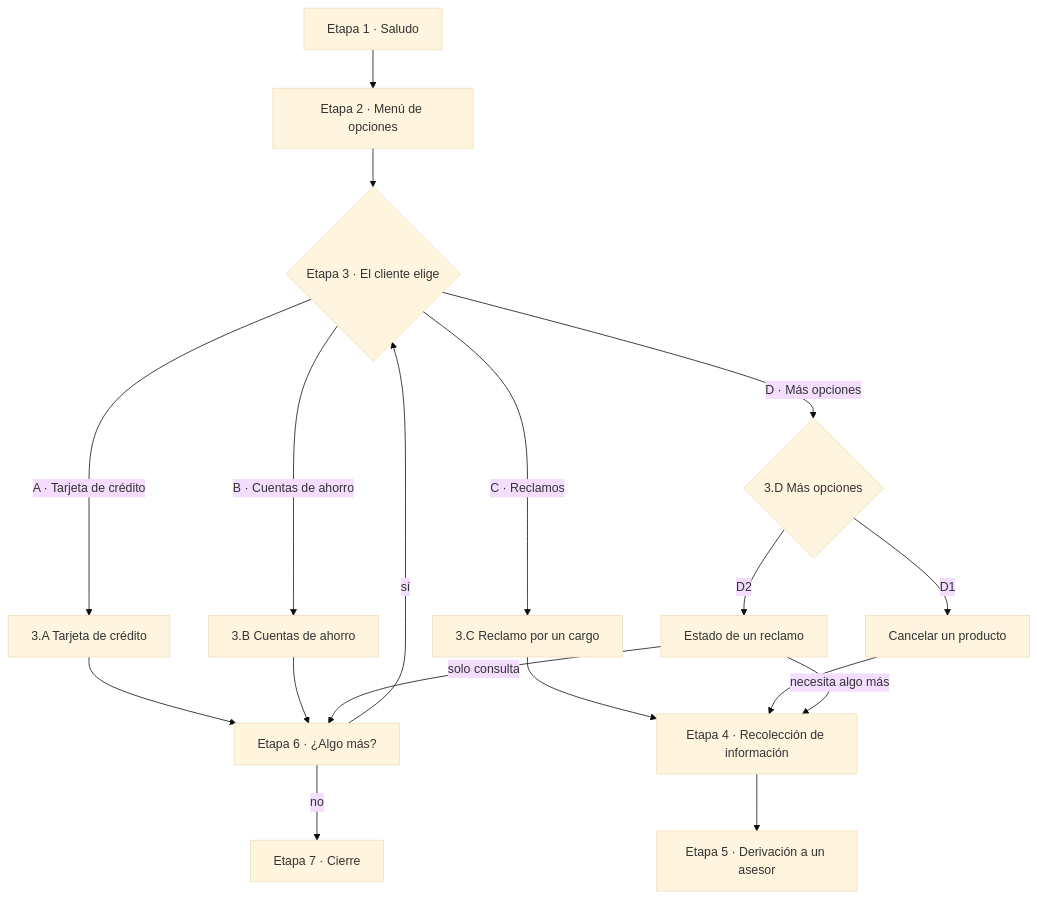
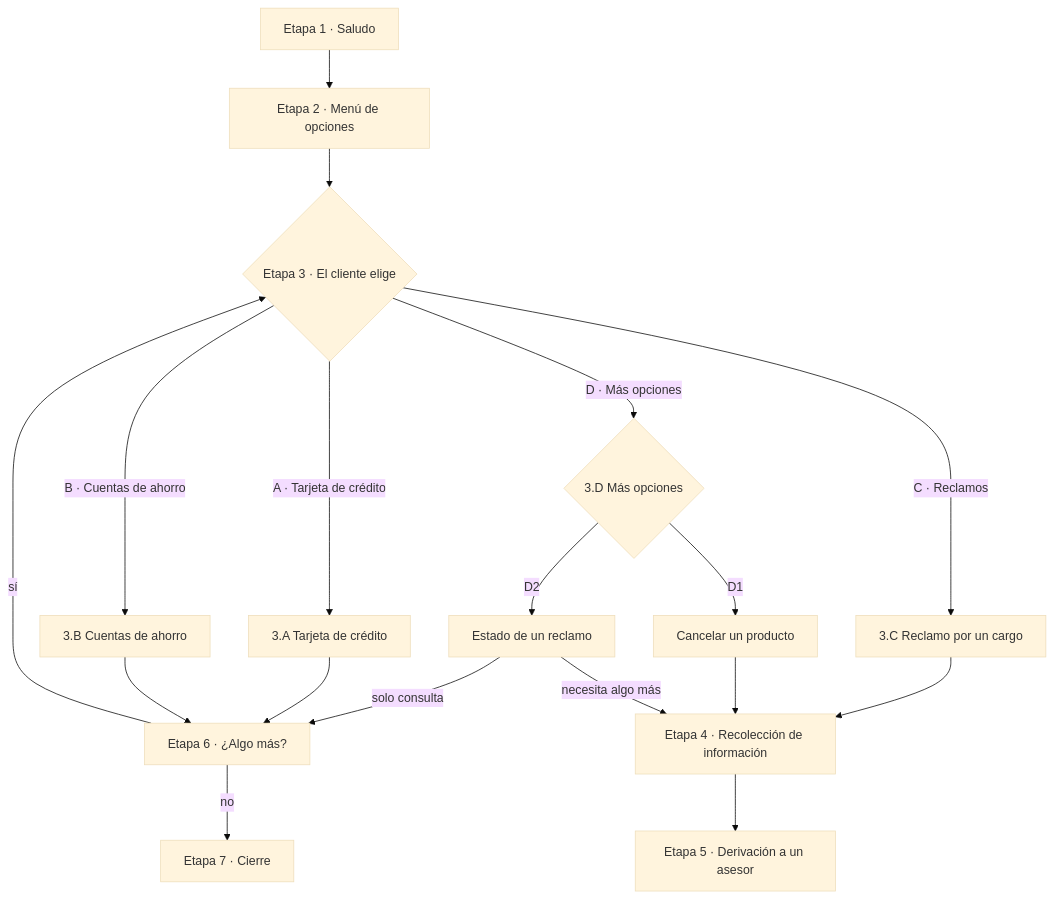
One commit to pqbas/factored-hackathon-2026-zenit changed the first of 3 diagrams in docs/flujo-atencion.md. Above: the diagram before and after it, drawn with Mermaid (base theme). The commit also changed other lines of this file, not shown here.

````diff
--- a/docs/flujo-atencion.md
+++ b/docs/flujo-atencion.md
@@ -25,20 +25,20 @@
 ```mermaid
 flowchart TD
     S["Etapa 1 · Saludo"] --> P["Etapa 2 · Menú de opciones"]
     P --> A{"Etapa 3 · El cliente elige"}
     A -->|A · Tarjeta de crédito| TC["3.A Tarjeta de crédito"]
     A -->|B · Cuentas de ahorro| CA["3.B Cuentas de ahorro"]
     A -->|C · Reclamos| R["3.C Reclamo por un cargo"]
     A -->|D · Más opciones| D{"3.D Más opciones"}
     D -->|D1| X["Cancelar un producto"]
     D -->|D2| E["Estado de un reclamo"]
+    E -->|solo consulta| M
     TC --> M["Etapa 6 · ¿Algo más?"]
     CA --> M
-    E -->|solo consulta| M
     R --> REC["Etapa 4 · Recolección de información"]
     X --> REC
     E -->|necesita algo más| REC
     REC --> DV["Etapa 5 · Derivación a un asesor"]
     M -->|sí| A
     M -->|no| F["Etapa 7 · Cierre"]
 ```
````
